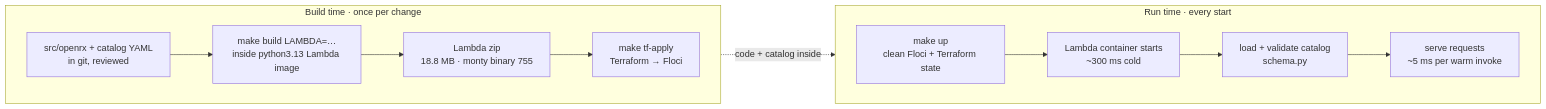
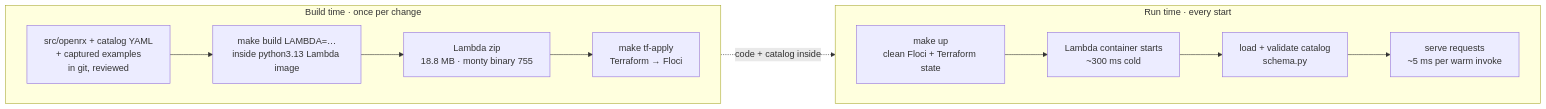
One commit to pratyushmohit/openrx changed the third of 3 diagrams in docs/architecture.md. Above: the diagram before and after it, drawn with Mermaid. The commit also changed other lines of this file and 20 other files, not shown here.

````diff
--- a/docs/architecture.md
+++ b/docs/architecture.md
@@ -105,16 +105,16 @@
 ```mermaid
 flowchart LR
   subgraph build["Build time · once per change"]
     direction LR
-    src["src/openrx + catalog YAML<br/>in git, reviewed"] --> mk["make build LAMBDA=…<br/>inside python3.13 Lambda image"]
+    src["src/openrx + catalog YAML<br/>+ captured examples<br/>in git, reviewed"] --> mk["make build LAMBDA=…<br/>inside python3.13 Lambda image"]
     mk --> zip["Lambda zip<br/>18.8 MB · monty binary 755"]
     zip --> tf["make tf-apply<br/>Terraform → Floci"]
   end
   subgraph run["Run time · every start"]
     direction LR
     up["make up<br/>clean Floci + Terraform state"] --> start["Lambda container starts<br/>~300 ms cold"]
     start --> load["load + validate catalog<br/>schema.py"]
     load --> serve["serve requests<br/>~5 ms per warm invoke"]
   end
   zip -. "code + catalog inside" .-> load
 ```
````
